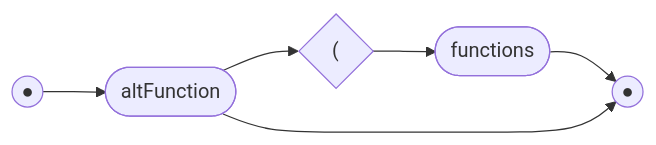
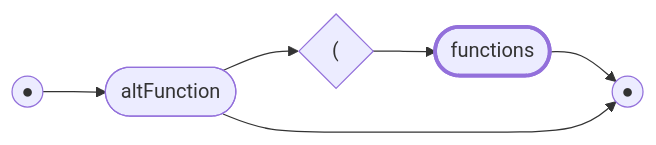
Diagram 25 of 59 in docs/railroad.md (billhails/CEKF), drawn with Mermaid before and after one commit. The commit also changed other lines of this file, not shown here.

````diff
--- a/docs/railroad.md
+++ b/docs/railroad.md
@@ -383,8 +410,9 @@
 ```mermaid
 flowchart LR
+classDef rec stroke-width:3px;
 s(("●"))
 e(("●"))
 s --> af([altFunction])
-af --> open{"("} --> fns([functions]) --> e
+af --> open{"("} --> fns([functions]):::rec --> e
 af --> e
 ```
````
